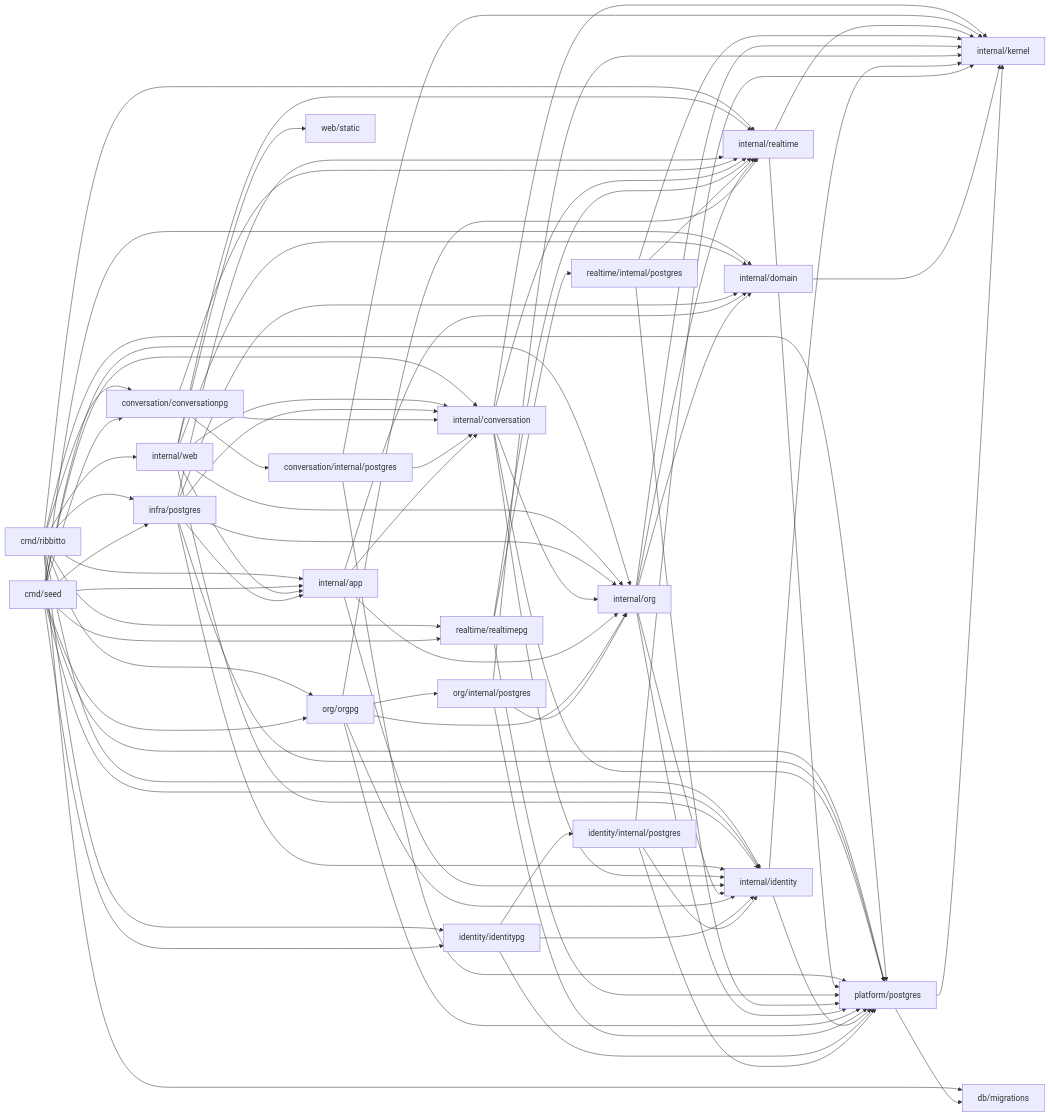
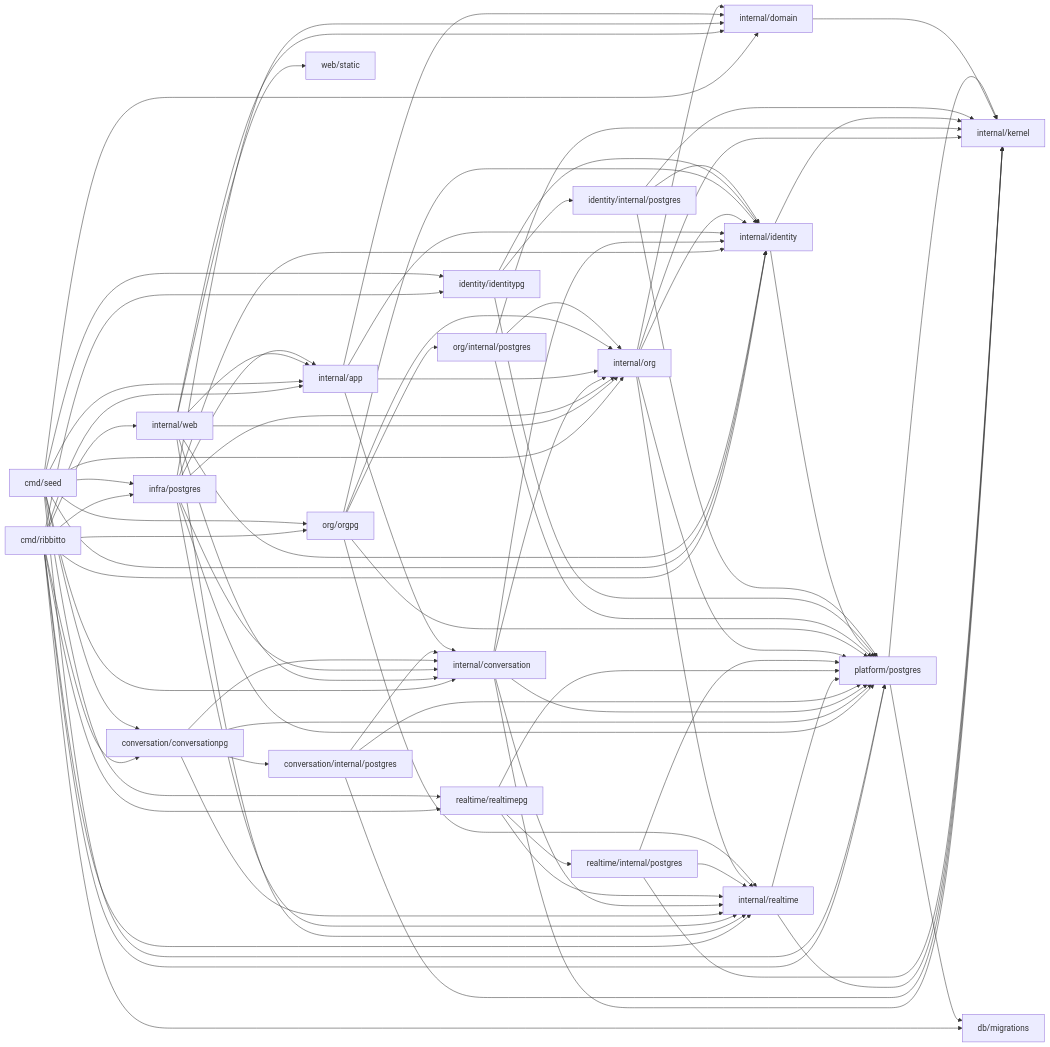
One commit to tkakkie/ribbitto changed the diagram in docs/architecture/packages.md. Above: the diagram before and after it, drawn with Mermaid. The commit also changed other lines of this file and 19 other files, not shown here.

````diff
--- a/docs/architecture/packages.md
+++ b/docs/architecture/packages.md
@@ -67,22 +68,22 @@
 ```mermaid
 flowchart LR
   cmd[cmd/ribbitto] --> web & app & orgpg[org/orgpg] & conversationpg[conversation/conversationpg] & identity & identitypg[identity/identitypg] & realtimepg & postgres[infra/postgres] & realtime & platform[platform/postgres] & migrations[db/migrations]
   seed[cmd/seed] --> conversation & conversationpg & app & org & orgpg & identity & identitypg & realtimepg & postgres & platform & domain
   web[internal/web] --> app & org & conversation & identity & domain & realtime & static[web/static]
   postgres --> app & org & conversation & identity & domain & platform & realtime
-  conversationpg --> conversation[internal/conversation] & cstore[conversation/internal/postgres] & realtime
+  conversationpg --> conversation[internal/conversation] & cstore[conversation/internal/postgres] & realtime & platform
   conversation --> identity & org & realtime & kernel & platform
   cstore --> conversation & platform & kernel
   realtime[internal/realtime] --> kernel & platform
   realtimepg[realtime/realtimepg] --> realtime & rstore[realtime/internal/postgres] & platform
   rstore --> realtime & platform & kernel
   app[internal/app] --> org & conversation & identity & domain[internal/domain]
   org[internal/org] --> identity & realtime & domain & kernel & platform
   orgpg --> org & ostore[org/internal/postgres] & platform & identity & realtime
   ostore --> org & platform & kernel
   identity[internal/identity] --> kernel & platform
   identitypg --> identity & store[identity/internal/postgres] & platform
   store --> identity & platform & kernel
   domain --> kernel[internal/kernel]
   platform --> kernel & migrations
 ```
````
